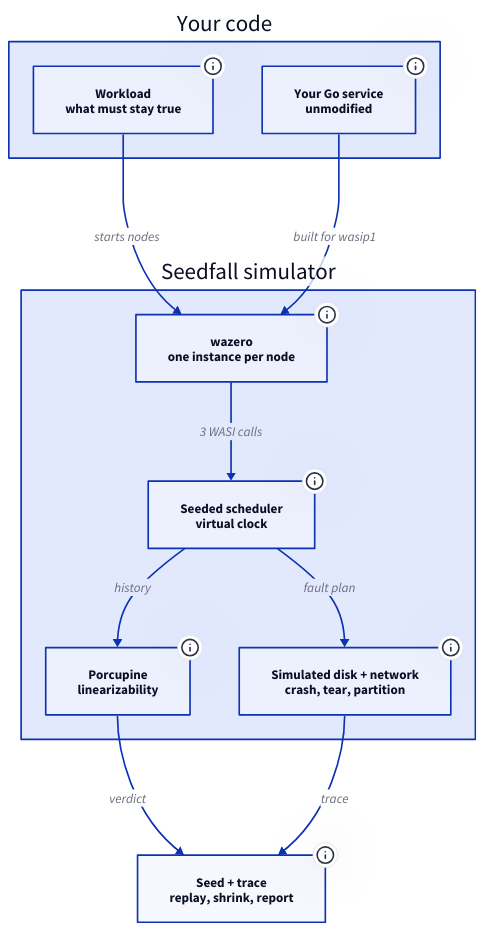
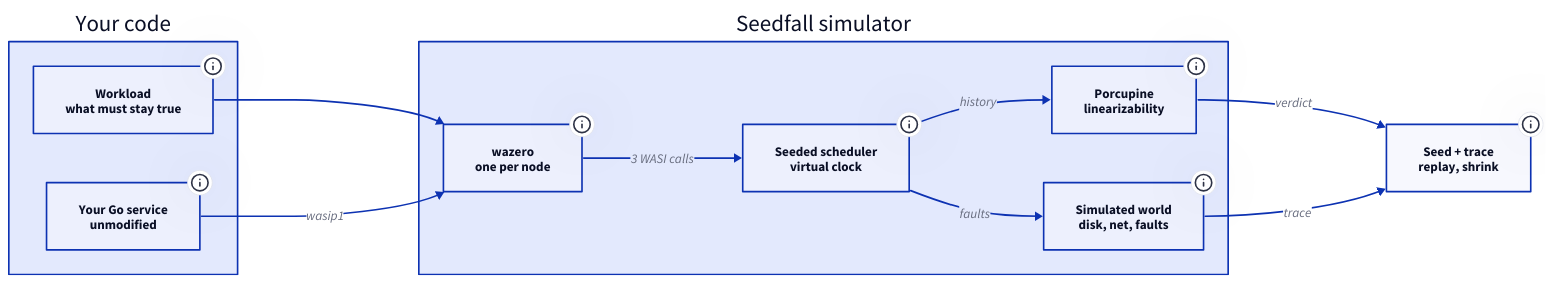
Before and after one commit to kunalgoesbyken/portfoliov1: the diagram in data/projects/diagrams/seedfall-system.d2, drawn with D2. The commit also changed 35 other files, not shown here.

Commit message:
Horizontal diagrams with side detail panel, uniform screenshot frames, direct project cards

```diff
--- a/data/projects/diagrams/seedfall-system.d2
+++ b/data/projects/diagrams/seedfall-system.d2
@@ -1,46 +1,46 @@
-direction: down
+direction: right
 
 you: Your code {
   class: zone
   workload: Workload\nwhat must stay true {
     class: client
     tooltip: "A small Go program that drives the system and states properties: sim.Always, sim.Eventually, liveness bounds, and recorded Put and Get histories checked for linearizability."
   }
   service: Your Go service\nunmodified {
     class: external
     tooltip: "Built with the stock Go toolchain for GOOS=wasip1. No forked runtime and no source rewriting, so new Go releases keep working."
   }
 }
 
 sim: Seedfall simulator {
   class: zone
-  runtime: wazero\none instance per node {
+  runtime: wazero\none per node {
     class: service
     tooltip: "Each node is its own WebAssembly instance inside one host process. On wasip1 the Go runtime is single-threaded and every source of nondeterminism leaves through three WASI calls, which Seedfall implements itself."
   }
   sched: Seeded scheduler\nvirtual clock {
     class: service
     tooltip: "Runs exactly one node at a time, picks the earliest wake-up, breaks ties with the seed and jumps virtual time, so sleeps cost nothing. random_get is a ChaCha8 stream, which also fixes map order and select choice. A call counter forces cooperative preemption after about four million calls."
   }
-  world: Simulated disk + network\ncrash, tear, partition {
+  world: Simulated world\ndisk, net, faults {
     class: store
     tooltip: "A page cache with explicit durability: a crash keeps only fsynced data. Options add torn writes, reordered page writeback, strict POSIX directory durability, fsync EIO, lost writes and bit flips. TCP and UDP get seeded latency, loss and one-way partitions through the Go network poller."
   }
   check: Porcupine\nlinearizability {
     class: service
     tooltip: "Checks recorded operation histories against a sequential model. As a control, hashicorp/raft passes 600 seeds and a deliberately broken copy is caught."
   }
   runtime -> sched: 3 WASI calls
-  sched -> world: fault plan
+  sched -> world: faults
   sched -> check: history
 }
 
-out: Seed + trace\nreplay, shrink, report {
+out: Seed + trace\nreplay, shrink {
   class: client
   tooltip: "Any failure replays byte for byte from its seed, and run -check runs every seed twice and stops at the first differing host call. Shrinking cut one failure from 33 faults to 2 in 191 runs."
 }
 
-you.workload -> sim.runtime: starts nodes
-you.service -> sim.runtime: built for wasip1
+you.workload -> sim.runtime
+you.service -> sim.runtime: wasip1
 sim.check -> out: verdict
 sim.world -> out: trace
```
